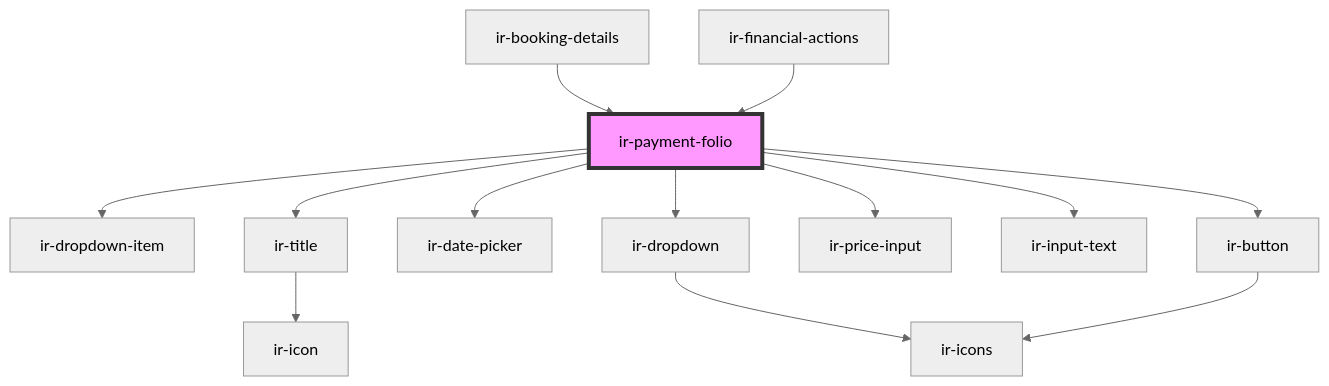
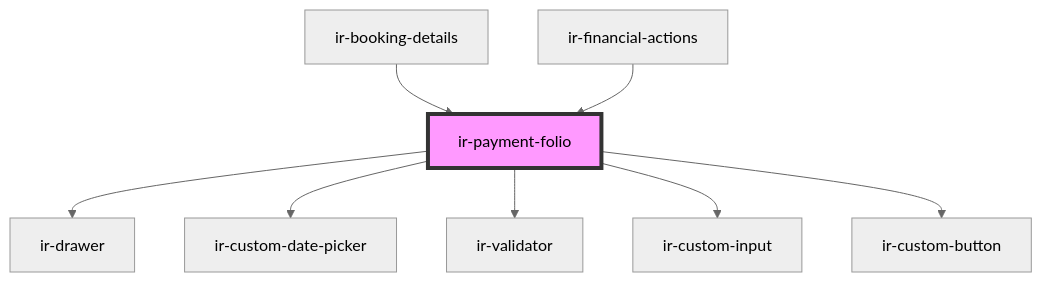
Before and after one commit to RonyRizk/ir-webcmp: the diagram in src/components/ir-booking-details/ir-payment-details/ir-payment-folio/readme.md, drawn with Mermaid (neutral theme). The commit also changed other lines of this file and 62 other files, not shown here.

````diff
--- a/src/components/ir-booking-details/ir-payment-details/ir-payment-folio/readme.md
+++ b/src/components/ir-booking-details/ir-payment-details/ir-payment-folio/readme.md
@@ -45,16 +66,11 @@
 ```mermaid
 graph TD;
-  ir-payment-folio --> ir-dropdown-item
-  ir-payment-folio --> ir-title
-  ir-payment-folio --> ir-date-picker
-  ir-payment-folio --> ir-dropdown
-  ir-payment-folio --> ir-price-input
-  ir-payment-folio --> ir-input-text
-  ir-payment-folio --> ir-button
-  ir-title --> ir-icon
-  ir-dropdown --> ir-icons
-  ir-button --> ir-icons
+  ir-payment-folio --> ir-drawer
+  ir-payment-folio --> ir-custom-date-picker
+  ir-payment-folio --> ir-validator
+  ir-payment-folio --> ir-custom-input
+  ir-payment-folio --> ir-custom-button
   ir-booking-details --> ir-payment-folio
   ir-financial-actions --> ir-payment-folio
   style ir-payment-folio fill:#f9f,stroke:#333,stroke-width:4px
 ```
````
